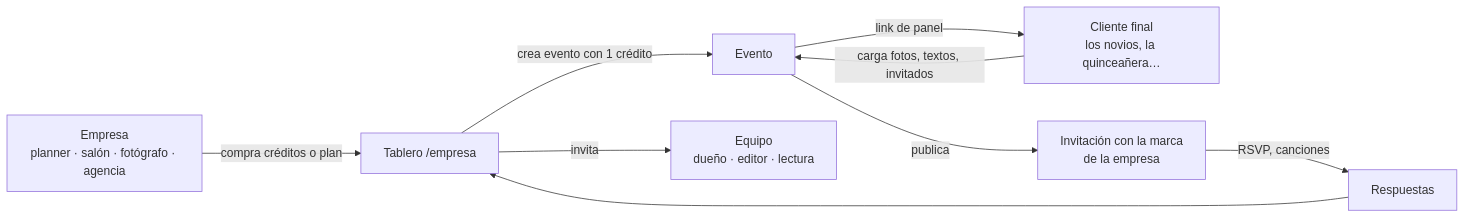
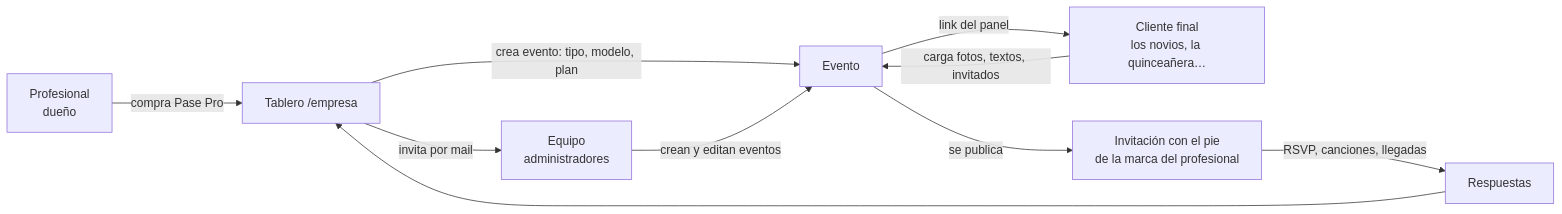
Before and after one commit to hernansnow/amoinvitar-app: the diagram in docs/empresas.md, drawn with Mermaid. The commit also changed other lines of this file and 29 other files, not shown here.

First line of the commit message:
Álbum QR en la web nueva; límite de 35 invitados en Gratis; pie de marca blanca sin links y con opción de apagarlo; diseño del panel para profesionales

````diff
--- a/docs/empresas.md
+++ b/docs/empresas.md
@@ -13,11 +19,12 @@
 ```mermaid
 flowchart LR
-  E[Empresa<br/>planner · salón · fotógrafo · agencia] -->|compra créditos o plan| T[Tablero /empresa]
-  T -->|crea evento con 1 crédito| EV[Evento]
-  T -->|invita| EQ[Equipo<br/>dueño · editor · lectura]
-  EV -->|link de panel| C[Cliente final<br/>los novios, la quinceañera…]
+  P[Profesional<br/>dueño] -->|compra Pase Pro| T[Tablero /empresa]
+  T -->|crea evento: tipo, modelo, plan| EV[Evento]
+  T -->|invita por mail| EQ[Equipo<br/>administradores]
+  EQ -->|crean y editan eventos| EV
+  EV -->|link del panel| C[Cliente final<br/>los novios, la quinceañera…]
   C -->|carga fotos, textos, invitados| EV
-  EV -->|publica| I[Invitación con la marca<br/>de la empresa]
-  I -->|RSVP, canciones| R[Respuestas]
+  EV -->|se publica| I[Invitación con el pie<br/>de la marca del profesional]
+  I -->|RSVP, canciones, llegadas| R[Respuestas]
   R --> T
 ```
````
